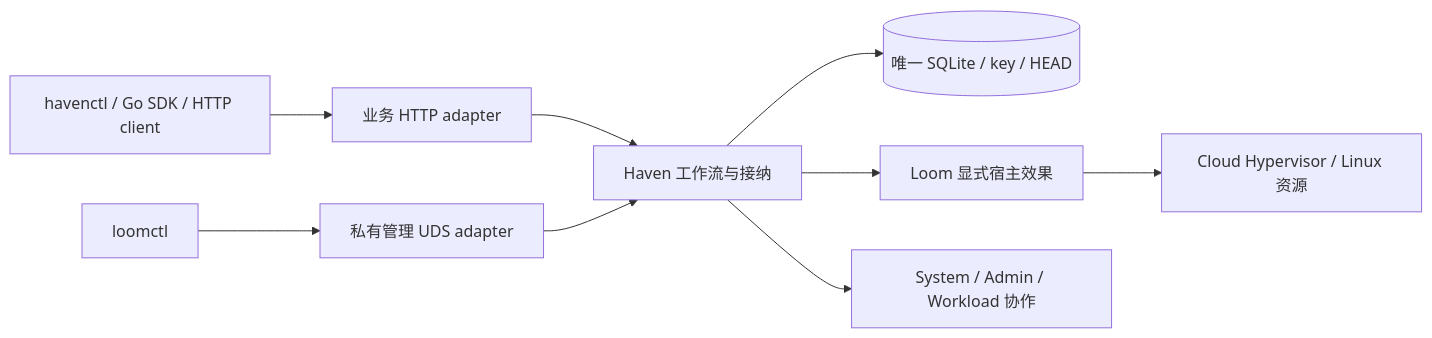
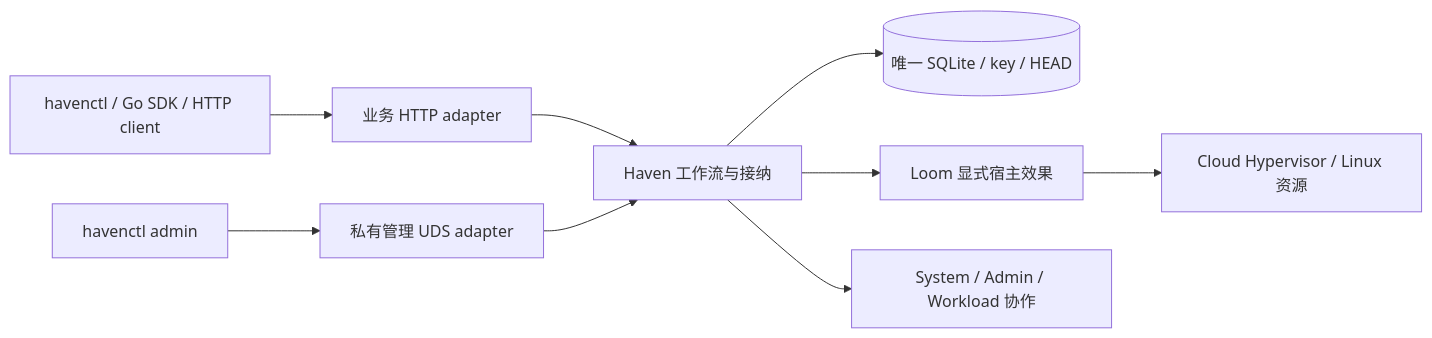
Before and after one commit to woxQAQ/sandbox-101: the diagram in docs/haven-control.md, drawn with Mermaid. The commit also changed other lines of this file and 22 other files, not shown here.

Commit message:
refactor(havenctl): move loomctl commands under havenctl admin

````diff
--- a/docs/haven-control.md
+++ b/docs/haven-control.md
@@ -7,11 +7,11 @@
 ```mermaid
 flowchart LR
     B[havenctl / Go SDK / HTTP client] --> A[业务 HTTP adapter]
-    M[loomctl] --> U[私有管理 UDS adapter]
+    M[havenctl admin] --> U[私有管理 UDS adapter]
     A --> H[Haven 工作流与接纳]
     U --> H
     H --> D[(唯一 SQLite / key / HEAD)]
     H --> L[Loom 显式宿主效果]
     L --> V[Cloud Hypervisor / Linux 资源]
     H --> G[System / Admin / Workload 协作]
 ```
````
